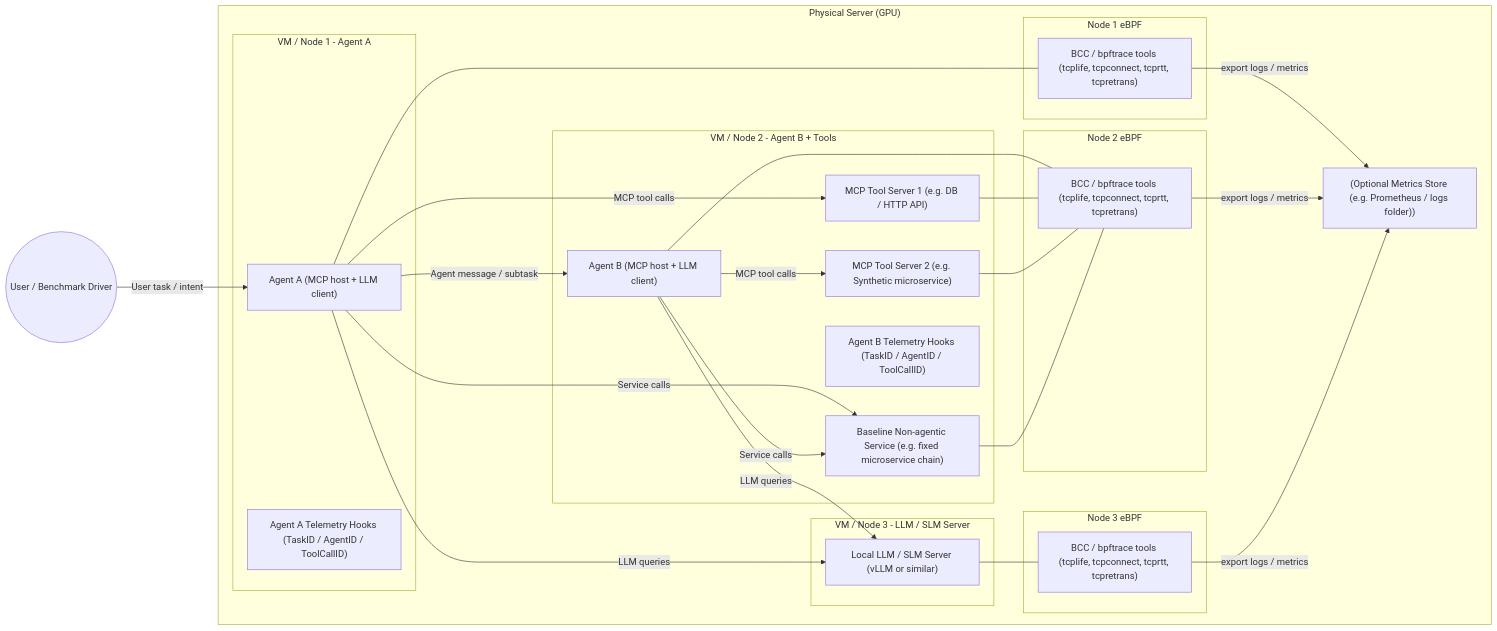
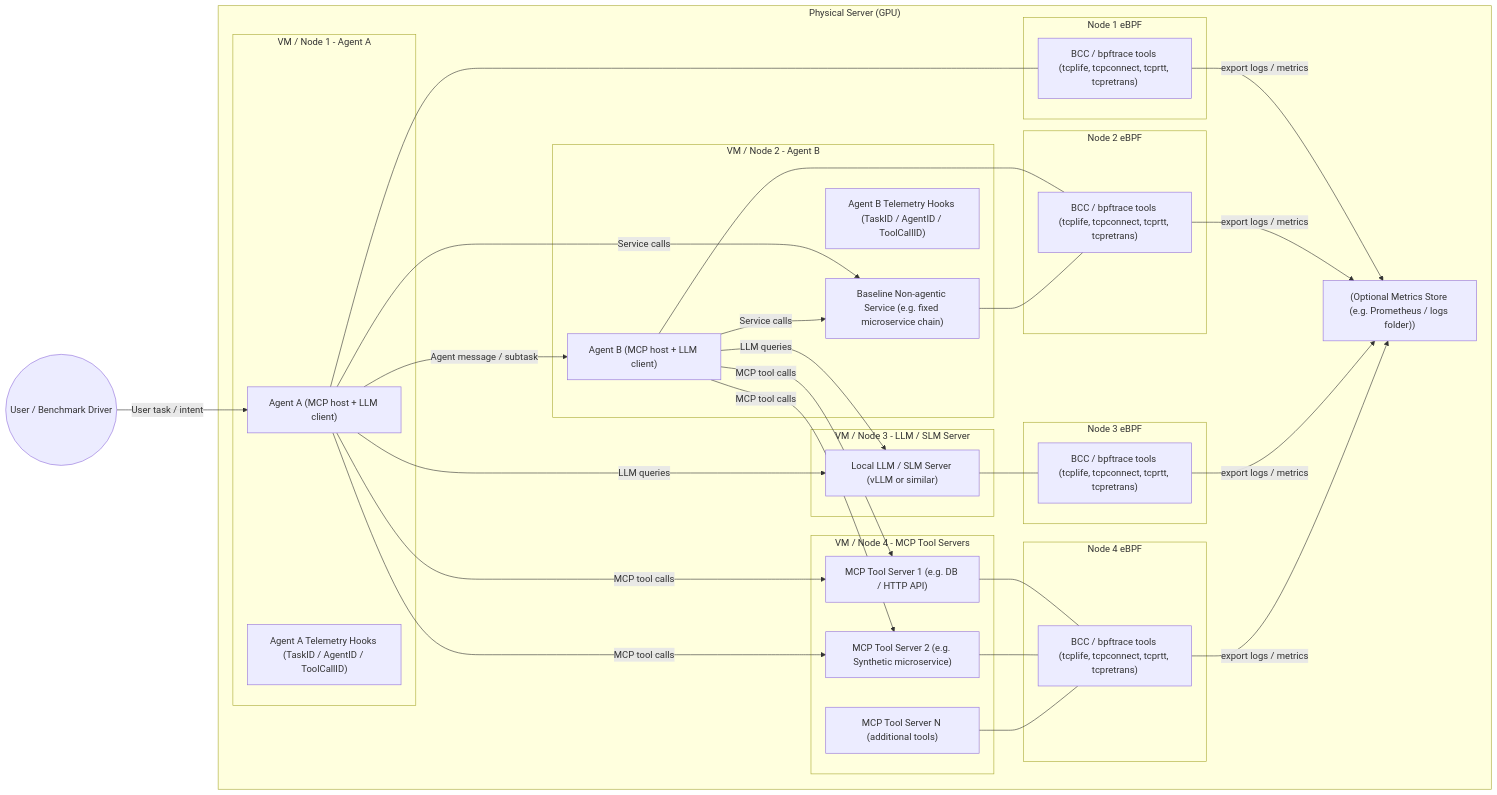
The diagram in README.md (dlamagna/agentic-traffic-testing), drawn with Mermaid before and after one commit. The commit also changed other lines of this file and 3 other files, not shown here.

Commit message:
modified architecture for MCP servers in separate node

````diff
--- a/README.md
+++ b/README.md
@@ -33,65 +33,78 @@
 ```mermaid
 flowchart LR
     %% Physical host
     subgraph Host["Physical Server (GPU)"]
         
         %% Virtual node 1: Agent A
         subgraph Node1["VM / Node 1 - Agent A"]
             AgentA["Agent A (MCP host + LLM client)"]
             AgentALogger["Agent A Telemetry Hooks (TaskID / AgentID / ToolCallID)"]
         end
 
-        %% Virtual node 2: Agent B + tools
-        subgraph Node2["VM / Node 2 - Agent B + Tools"]
+        %% Virtual node 2: Agent B
+        subgraph Node2["VM / Node 2 - Agent B"]
             AgentB["Agent B (MCP host + LLM client)"]
-            Tool1["MCP Tool Server 1 (e.g. DB / HTTP API)"]
-            Tool2["MCP Tool Server 2 (e.g. Synthetic microservice)"]
             BaselineSvc["Baseline Non-agentic Service (e.g. fixed microservice chain)"]
             AgentBLogger["Agent B Telemetry Hooks (TaskID / AgentID / ToolCallID)"]
         end
 
         %% Virtual node 3: Local LLM / SLM server
         subgraph Node3["VM / Node 3 - LLM / SLM Server"]
             LLM["Local LLM / SLM Server (vLLM or similar)"]
+        end
+
+        %% Virtual node 4: MCP Tool Servers
+        subgraph Node4["VM / Node 4 - MCP Tool Servers"]
+            Tool1["MCP Tool Server 1 (e.g. DB / HTTP API)"]
+            Tool2["MCP Tool Server 2 (e.g. Synthetic microservice)"]
+            ToolN["MCP Tool Server N (additional tools)"]
         end
 
         %% eBPF observability on each node
         subgraph Obs1["Node 1 eBPF"]
             BCC1["BCC / bpftrace tools (tcplife, tcpconnect, tcprtt, tcpretrans)"]
         end
 
         subgraph Obs2["Node 2 eBPF"]
             BCC2["BCC / bpftrace tools (tcplife, tcpconnect, tcprtt, tcpretrans)"]
         end
 
         subgraph Obs3["Node 3 eBPF"]
             BCC3["BCC / bpftrace tools (tcplife, tcpconnect, tcprtt, tcpretrans)"]
         end
 
+        subgraph Obs4["Node 4 eBPF"]
+            BCC4["BCC / bpftrace tools (tcplife, tcpconnect, tcprtt, tcpretrans)"]
+        end
+
         %% Optional metrics store on host
         MetricsDB["(Optional Metrics Store (e.g. Prometheus / logs folder))"]
     end
 
     %% Traffic paths (logical)
     User((User / Benchmark Driver)) -->|User task / intent| AgentA
     AgentA -->|Agent message / subtask| AgentB
     AgentA -->|MCP tool calls| Tool1
+    AgentA -->|MCP tool calls| Tool2
+    AgentB -->|MCP tool calls| Tool1
     AgentB -->|MCP tool calls| Tool2
     AgentA -->|Service calls| BaselineSvc
     AgentB -->|Service calls| BaselineSvc
 
     AgentA -->|LLM queries| LLM
     AgentB -->|LLM queries| LLM
 
     %% eBPF data flow
     AgentA --- BCC1
     AgentB --- BCC2
-    Tool1 --- BCC2
-    Tool2 --- BCC2
     BaselineSvc --- BCC2
     LLM --- BCC3
+    Tool1 --- BCC4
+    Tool2 --- BCC4
+    ToolN --- BCC4
 
     BCC1 -->|export logs / metrics| MetricsDB
     BCC2 -->|export logs / metrics| MetricsDB
-    BCC3 -->|export logs / metrics| MetricsDB 
+    BCC3 -->|export logs / metrics| MetricsDB
+    BCC4 -->|export logs / metrics| MetricsDB
 ```
````
